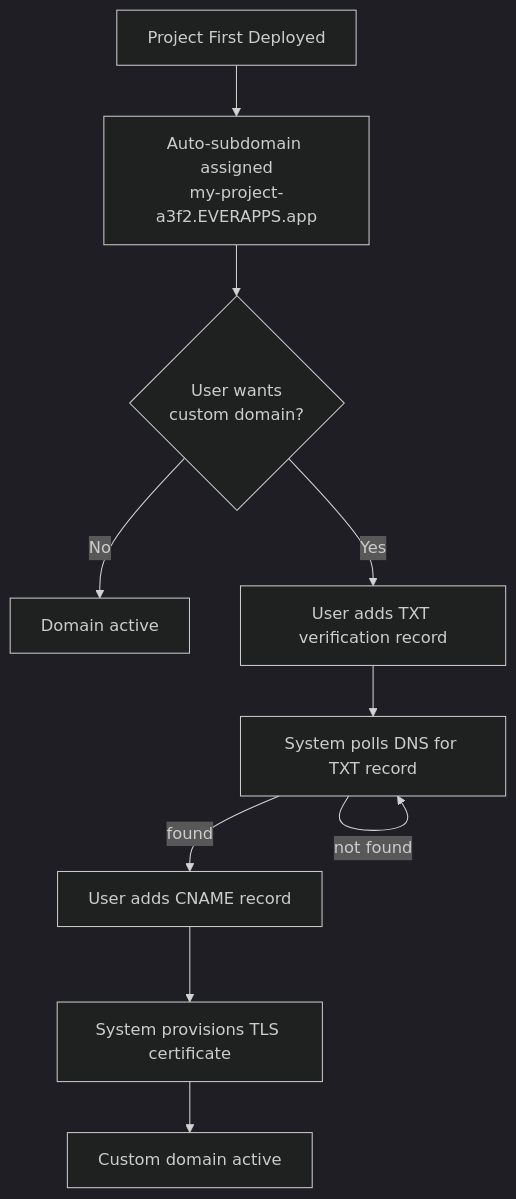
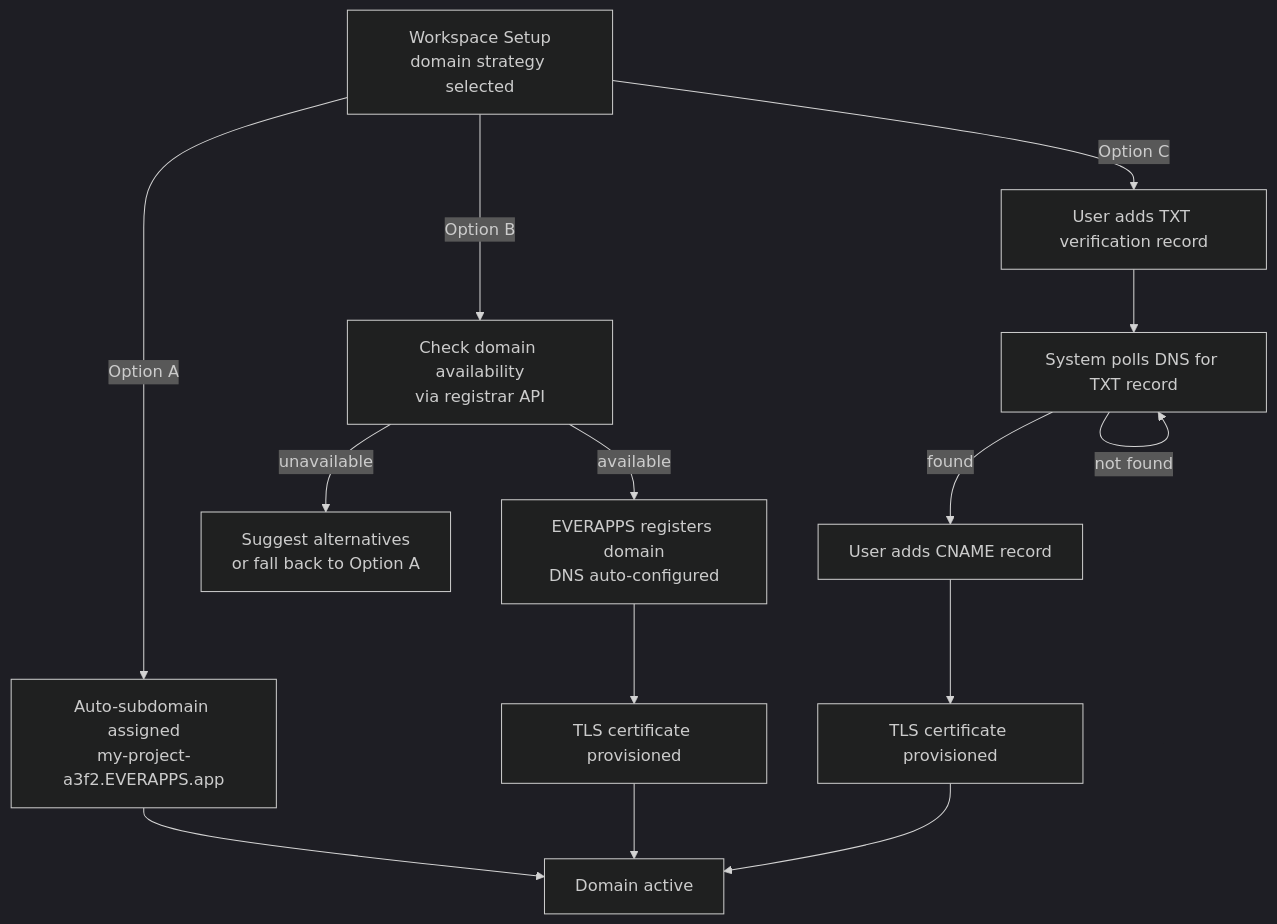
One commit to evertheme/everapps changed the sixth of 8 diagrams in docs/future-enhancements.md. Above: the diagram before and after it, drawn with Mermaid (dark theme). The commit also changed other lines of this file, not shown here.

````diff
--- a/docs/future-enhancements.md
+++ b/docs/future-enhancements.md
@@ -433,12 +855,20 @@
 ```mermaid
 flowchart TD
-  projectDeployed["Project First Deployed"] --> autoSubdomain["Auto-subdomain assigned\nmy-project-a3f2.EVERAPPS.app"]
-  autoSubdomain --> optCustom{"User wants\ncustom domain?"}
-  optCustom -->|No| done["Domain active"]
-  optCustom -->|Yes| addTxt["User adds TXT verification record"]
-  addTxt --> dnsCheck["System polls DNS for TXT record"]
-  dnsCheck -->|not found| dnsCheck
-  dnsCheck -->|found| addCname["User adds CNAME record"]
-  addCname --> tlsProvision["System provisions TLS certificate"]
-  tlsProvision --> customActive["Custom domain active"]
+  workspaceSetup["Workspace Setup\ndomain strategy selected"]
+  workspaceSetup -->|"Option A"| autoSubdomain["Auto-subdomain assigned\nmy-project-a3f2.EVERAPPS.app"]
+  workspaceSetup -->|"Option B"| provisionCheck["Check domain availability\nvia registrar API"]
+  workspaceSetup -->|"Option C"| userTxt["User adds TXT verification record"]
+
+  provisionCheck -->|"available"| purchase["EVERAPPS registers domain\nDNS auto-configured"]
+  provisionCheck -->|"unavailable"| altSuggest["Suggest alternatives\nor fall back to Option A"]
+  purchase --> tlsProvision["TLS certificate provisioned"]
+
+  userTxt --> dnsCheck["System polls DNS for TXT record"]
+  dnsCheck -->|"not found"| dnsCheck
+  dnsCheck -->|"found"| userCname["User adds CNAME record"]
+  userCname --> tlsProvisionC["TLS certificate provisioned"]
+
+  autoSubdomain --> domainActive["Domain active"]
+  tlsProvision --> domainActive
+  tlsProvisionC --> domainActive
 ```
````
